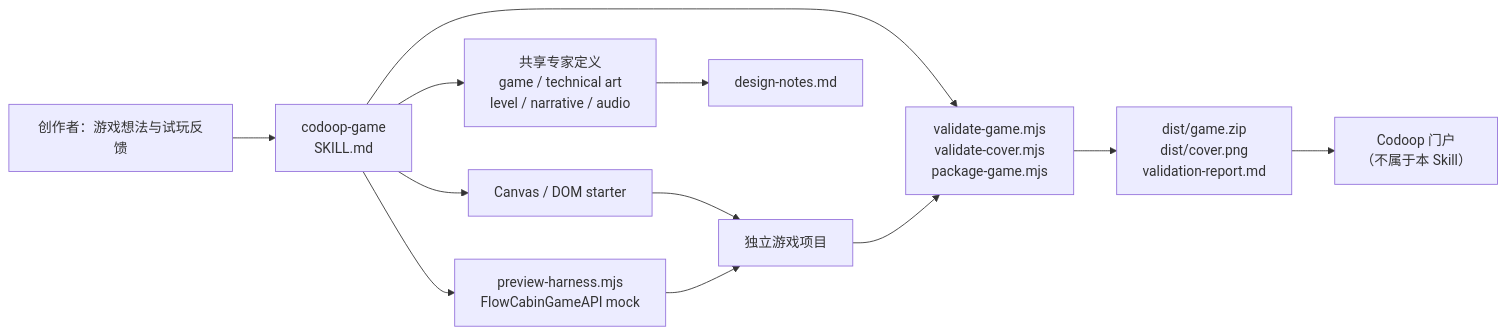
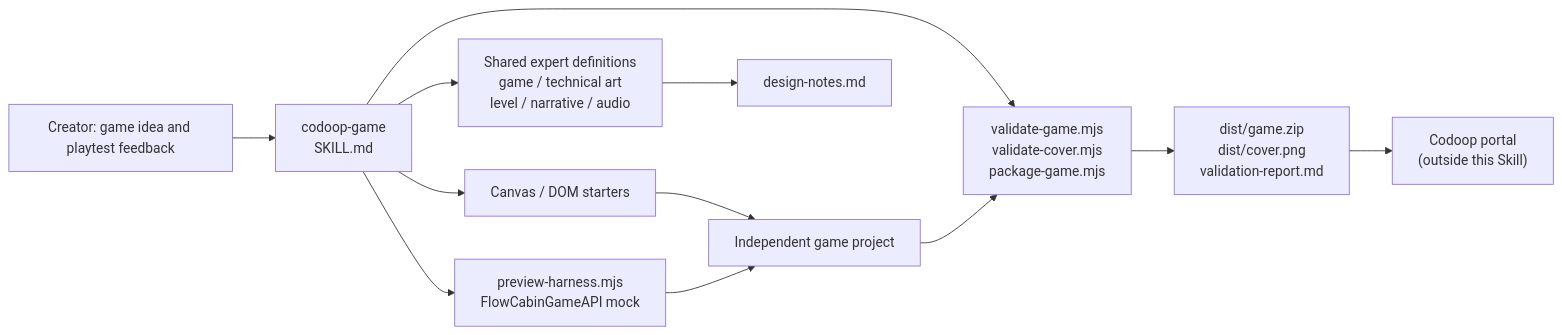
The diagram in docs/skill-architecture.md (Codoop/codoop-flowcabin), drawn with Mermaid before and after one commit. The commit also changed other lines of this file and 3 other files, not shown here.

````diff
--- a/docs/skill-architecture.md
+++ b/docs/skill-architecture.md
@@ -7,14 +9,14 @@
 ```mermaid
 flowchart LR
-  Creator["创作者：游戏想法与试玩反馈"] --> Skill["codoop-game\nSKILL.md"]
-  Skill --> Experts["共享专家定义\ngame / technical art\nlevel / narrative / audio"]
-  Skill --> Starters["Canvas / DOM starter"]
+  Creator["Creator: game idea and playtest feedback"] --> Skill["codoop-game\nSKILL.md"]
+  Skill --> Experts["Shared expert definitions\ngame / technical art\nlevel / narrative / audio"]
+  Skill --> Starters["Canvas / DOM starters"]
   Skill --> Harness["preview-harness.mjs\nFlowCabinGameAPI mock"]
   Skill --> Gates["validate-game.mjs\nvalidate-cover.mjs\npackage-game.mjs"]
-  Starters --> Project["独立游戏项目"]
+  Starters --> Project["Independent game project"]
   Experts --> Notes["design-notes.md"]
   Harness --> Project
   Project --> Gates
   Gates --> Dist["dist/game.zip\ndist/cover.png\nvalidation-report.md"]
-  Dist --> Portal["Codoop 门户\n（不属于本 Skill）"]
+  Dist --> Portal["Codoop portal\n(outside this Skill)"]
 ```
````
